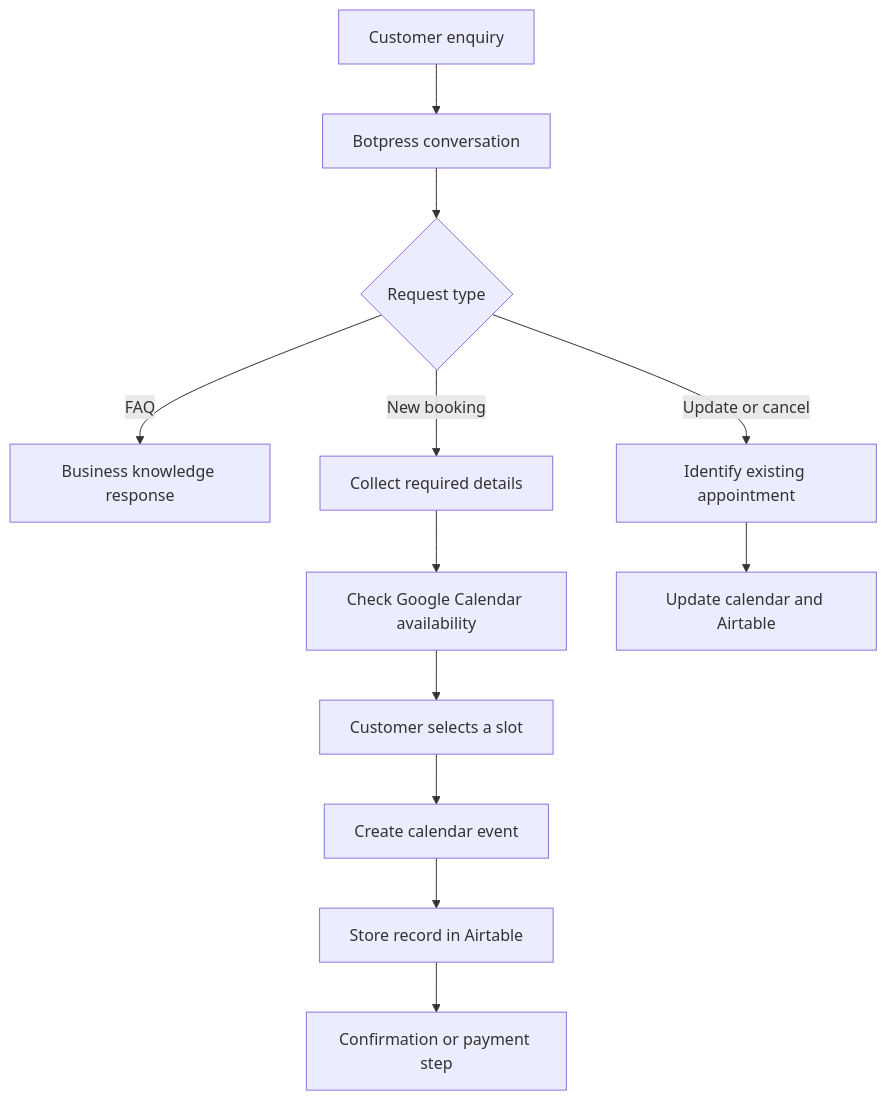
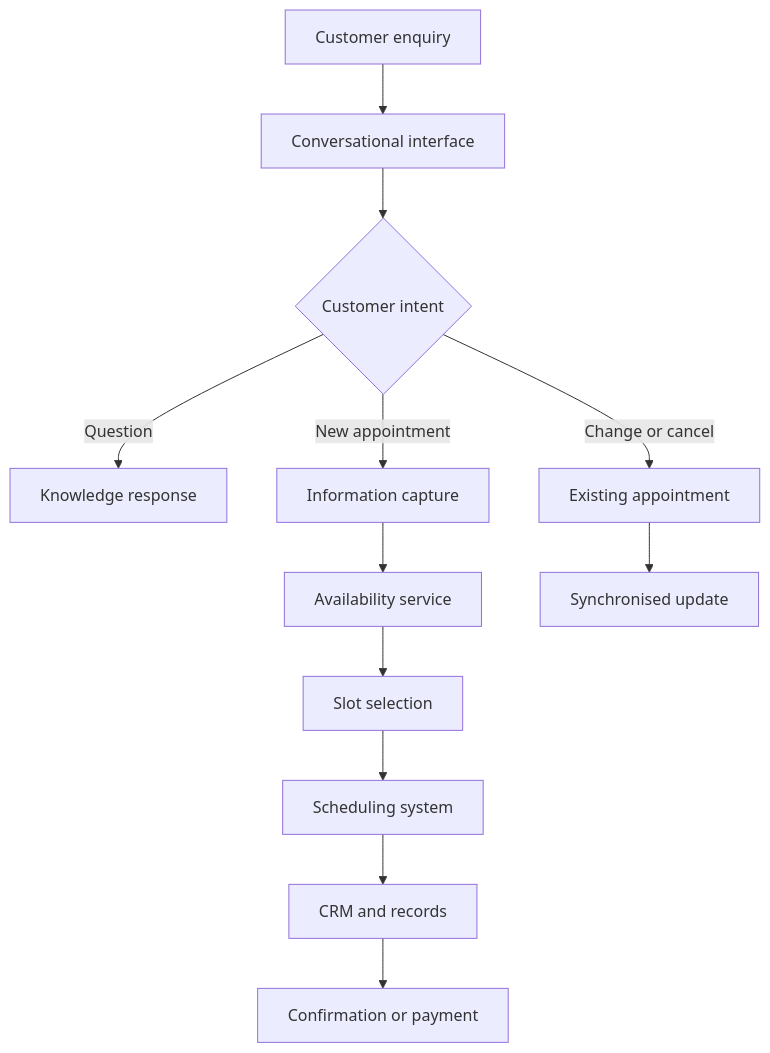
The diagram in case-studies/appointment-automation.md (shubhdeepsirohi-del/shubhdeepsirohi-del), drawn with Mermaid before and after one commit. The commit also changed other lines of this file, not shown here.

Commit message:
docs: make solution architecture platform-independent

````diff
--- a/case-studies/appointment-automation.md
+++ b/case-studies/appointment-automation.md
@@ -24,14 +20,14 @@
 ```mermaid
 flowchart TD
-    A[Customer enquiry] --> B[Botpress conversation]
-    B --> C{Request type}
-    C -->|FAQ| D[Business knowledge response]
-    C -->|New booking| E[Collect required details]
-    C -->|Update or cancel| F[Identify existing appointment]
-    E --> G[Check Google Calendar availability]
-    G --> H[Customer selects a slot]
-    H --> I[Create calendar event]
-    I --> J[Store record in Airtable]
-    J --> K[Confirmation or payment step]
-    F --> L[Update calendar and Airtable]
+    A[Customer enquiry] --> B[Conversational interface]
+    B --> C{Customer intent}
+    C -->|Question| D[Knowledge response]
+    C -->|New appointment| E[Information capture]
+    C -->|Change or cancel| F[Existing appointment]
+    E --> G[Availability service]
+    G --> H[Slot selection]
+    H --> I[Scheduling system]
+    I --> J[CRM and records]
+    J --> K[Confirmation or payment]
+    F --> L[Synchronised update]
 ```
````
